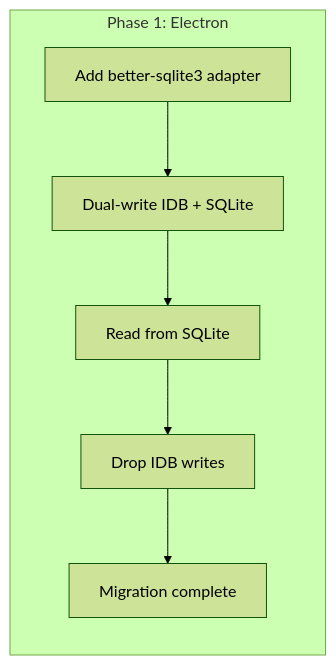
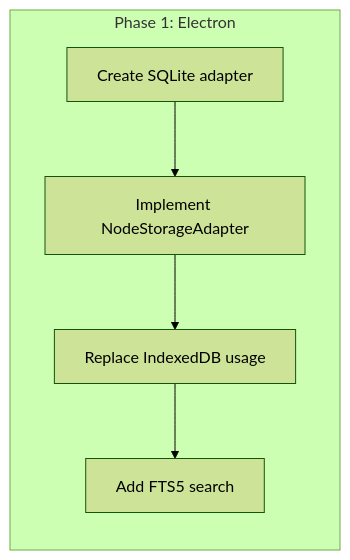
One commit to crs48/xNet changed diagram 11 of 16 in docs/explorations/0072_INDEXEDDB_TO_SQLITE_MIGRATION.md. Above: the diagram before and after it, drawn with Mermaid (forest theme). The commit also changed other lines of this file, not shown here.

First line of the commit message:
docs(exploration): simplify SQLite storage design for prerelease

````diff
--- a/docs/explorations/0072_INDEXEDDB_TO_SQLITE_MIGRATION.md
+++ b/docs/explorations/0072_INDEXEDDB_TO_SQLITE_MIGRATION.md
@@ -593,12 +505,11 @@
 ```mermaid
 flowchart LR
-    subgraph Current["Phase 1: Electron"]
-        E1["Add better-sqlite3 adapter"]
-        E2["Dual-write IDB + SQLite"]
-        E3["Read from SQLite"]
-        E4["Drop IDB writes"]
-        E5["Migration complete"]
+    subgraph Phase1["Phase 1: Electron"]
+        E1["Create SQLite adapter"]
+        E2["Implement NodeStorageAdapter"]
+        E3["Replace IndexedDB usage"]
+        E4["Add FTS5 search"]
     end
 
-    E1 --> E2 --> E3 --> E4 --> E5
+    E1 --> E2 --> E3 --> E4
 ```
````
